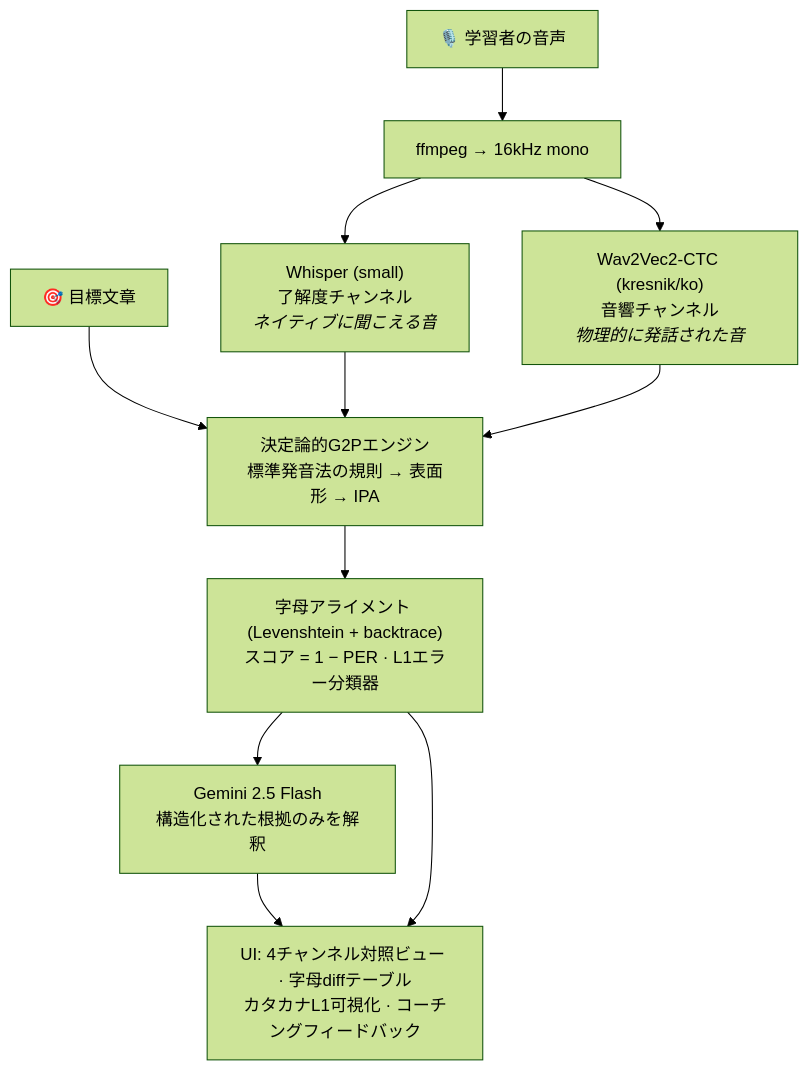
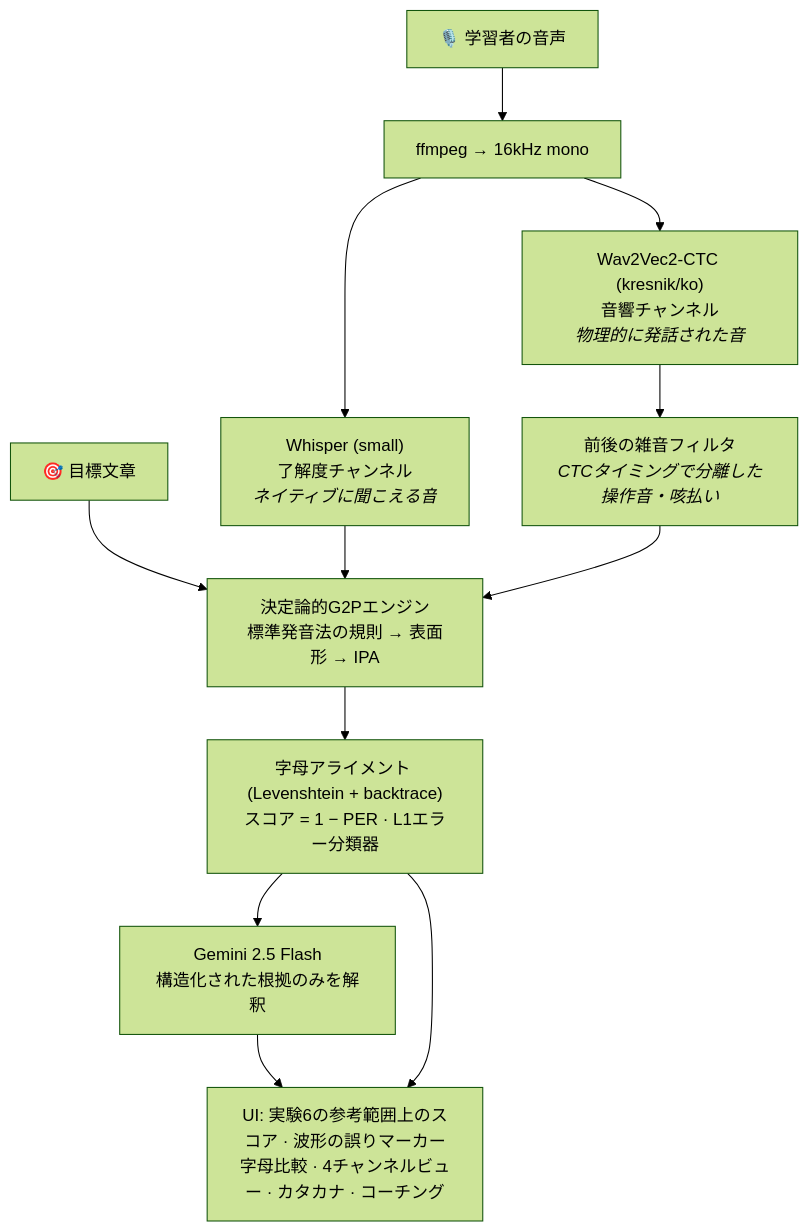
Before and after one commit to fairyofdata/PhonemeJP2KR: the diagram in README_jp.md, drawn with Mermaid (forest theme). The commit also changed other lines of this file and 4 other files, not shown here.

First line of the commit message:
docs: add a decision record; refresh diagrams, testing scope; drop dead helper

````diff
--- a/README_jp.md
+++ b/README_jp.md
@@ -39,13 +39,14 @@
 ```mermaid
 flowchart TD
     A[🎙️ 学習者の音声] --> B[ffmpeg → 16kHz mono]
     B --> C["Whisper (small)<br/>了解度チャンネル<br/><i>ネイティブに聞こえる音</i>"]
     B --> D["Wav2Vec2-CTC (kresnik/ko)<br/>音響チャンネル<br/><i>物理的に発話された音</i>"]
     T[🎯 目標文章] --> G
     C --> G["決定論的G2Pエンジン<br/>標準発音法の規則 → 表面形 → IPA"]
-    D --> G
+    D --> N["前後の雑音フィルタ<br/><i>CTCタイミングで分離した操作音・咳払い</i>"]
+    N --> G
     G --> S["字母アライメント (Levenshtein + backtrace)<br/>スコア = 1 − PER · L1エラー分類器"]
     S --> L["Gemini 2.5 Flash<br/>構造化された根拠のみを解釈"]
-    L --> U["UI: 4チャンネル対照ビュー · 字母diffテーブル<br/>カタカナL1可視化 · コーチングフィードバック"]
+    L --> U["UI: 実験6の参考範囲上のスコア · 波形の誤りマーカー<br/>字母比較 · 4チャンネルビュー · カタカナ · コーチング"]
     S --> U
 ```
````
